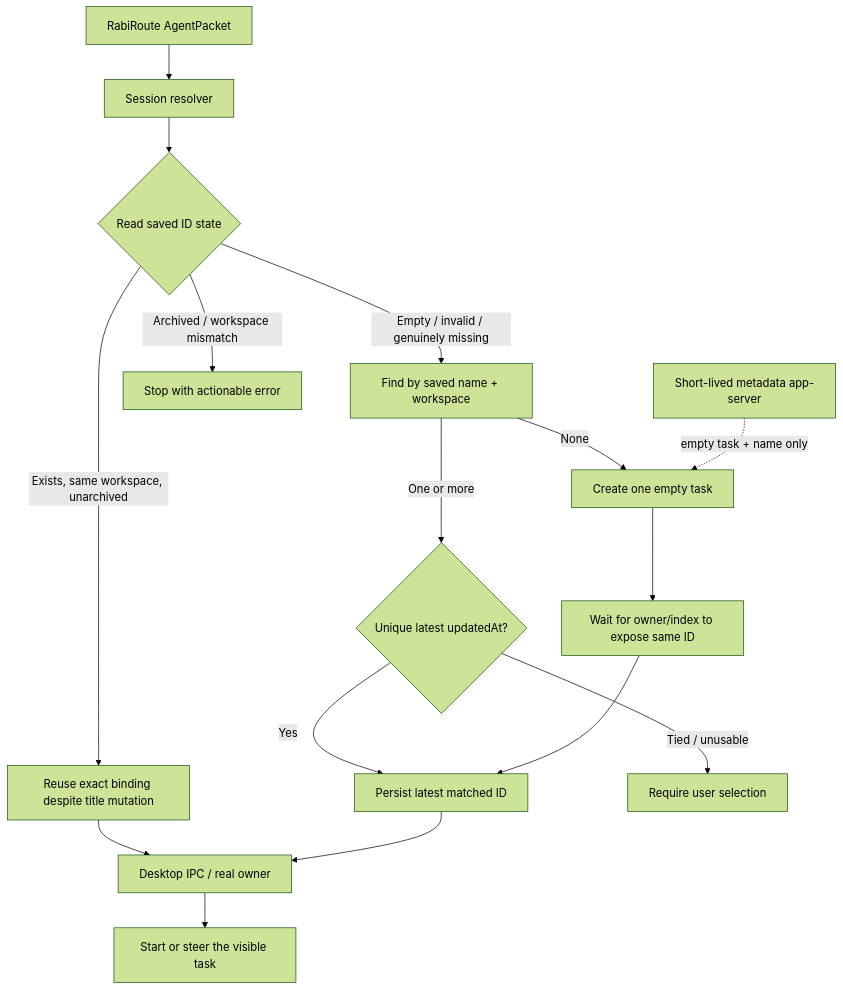
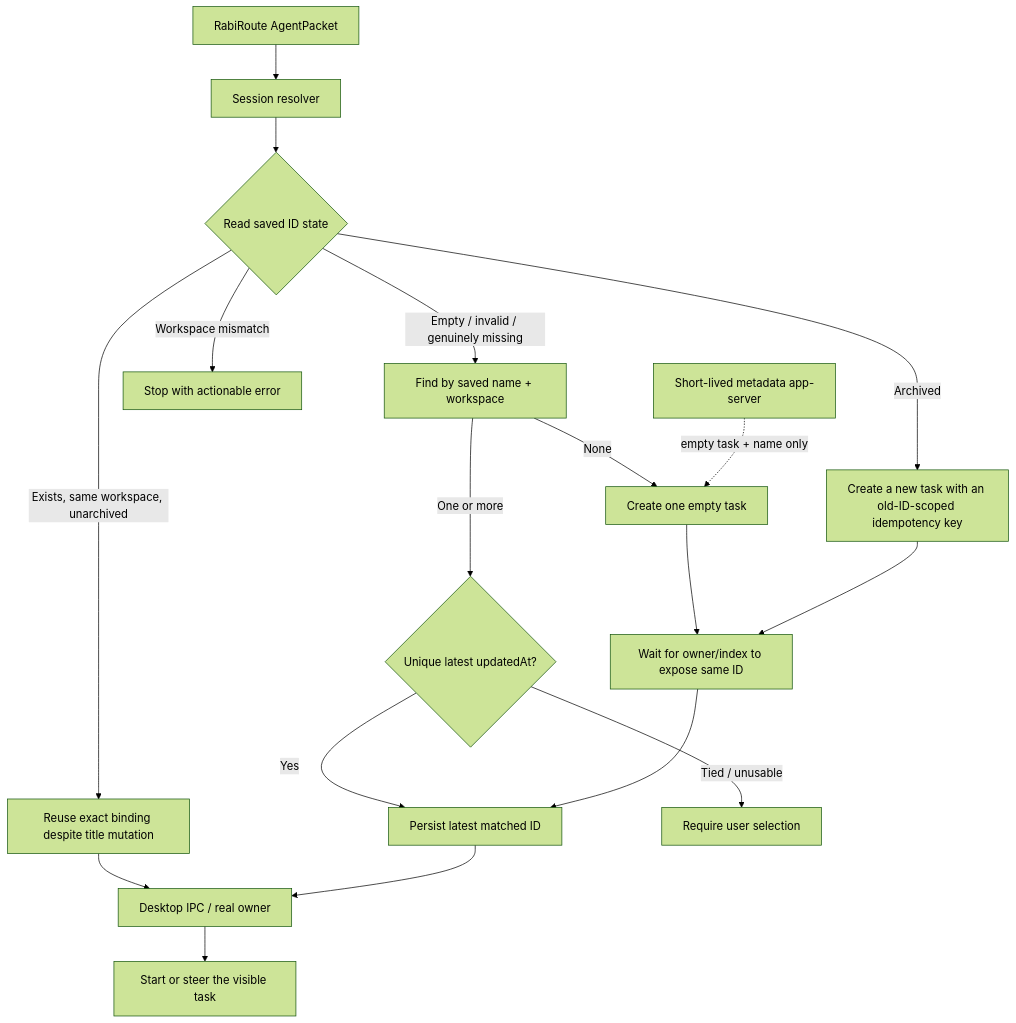
The diagram in docs/agent-adapter-integration-lessons_en.md (vb2250158/RabiRoute), drawn with Mermaid (forest theme) before and after one commit. The commit also changed other lines of this file and 229 other files, not shown here.

````diff
--- a/docs/agent-adapter-integration-lessons_en.md
+++ b/docs/agent-adapter-integration-lessons_en.md
@@ -109,18 +109,20 @@
 ```mermaid
 flowchart TD
     R["RabiRoute AgentPacket"] --> S["Session resolver"]
     S --> I{"Read saved ID state"}
     I -->|"Exists, same workspace, unarchived"| B["Reuse exact binding despite title mutation"]
     I -->|"Empty / invalid / genuinely missing"| N["Find by saved name + workspace"]
-    I -->|"Archived / workspace mismatch"| F["Stop with actionable error"]
+    I -->|"Archived"| C2["Create a new task with an old-ID-scoped idempotency key"]
+    I -->|"Workspace mismatch"| F["Stop with actionable error"]
     N -->|"One or more"| L{"Unique latest updatedAt?"}
     L -->|"Yes"| P["Persist latest matched ID"]
     L -->|"Tied / unusable"| A["Require user selection"]
     N -->|"None"| C["Create one empty task"]
     C --> W["Wait for owner/index to expose same ID"]
+    C2 --> W
     W --> P
     B --> D["Desktop IPC / real owner"]
     P --> D
     D --> T["Start or steer the visible task"]
     X["Short-lived metadata app-server"] -. "empty task + name only" .-> C
 ```
````
